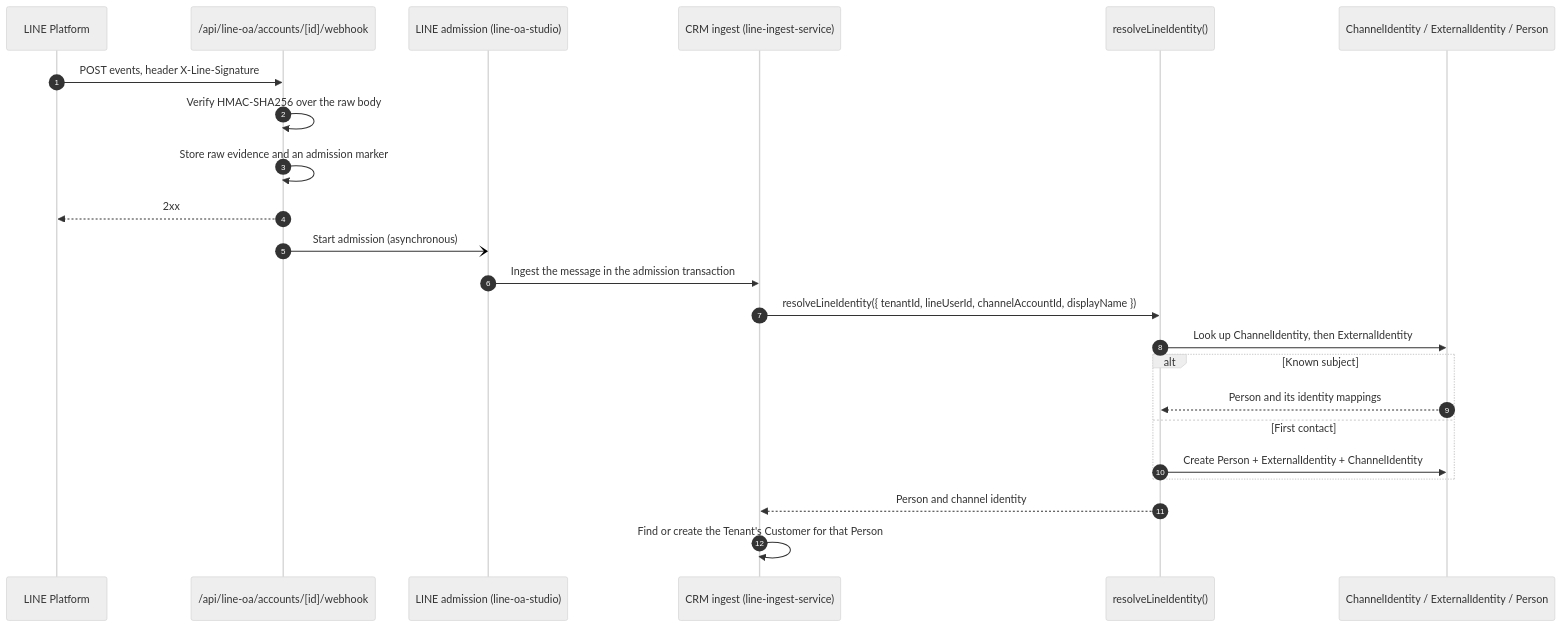
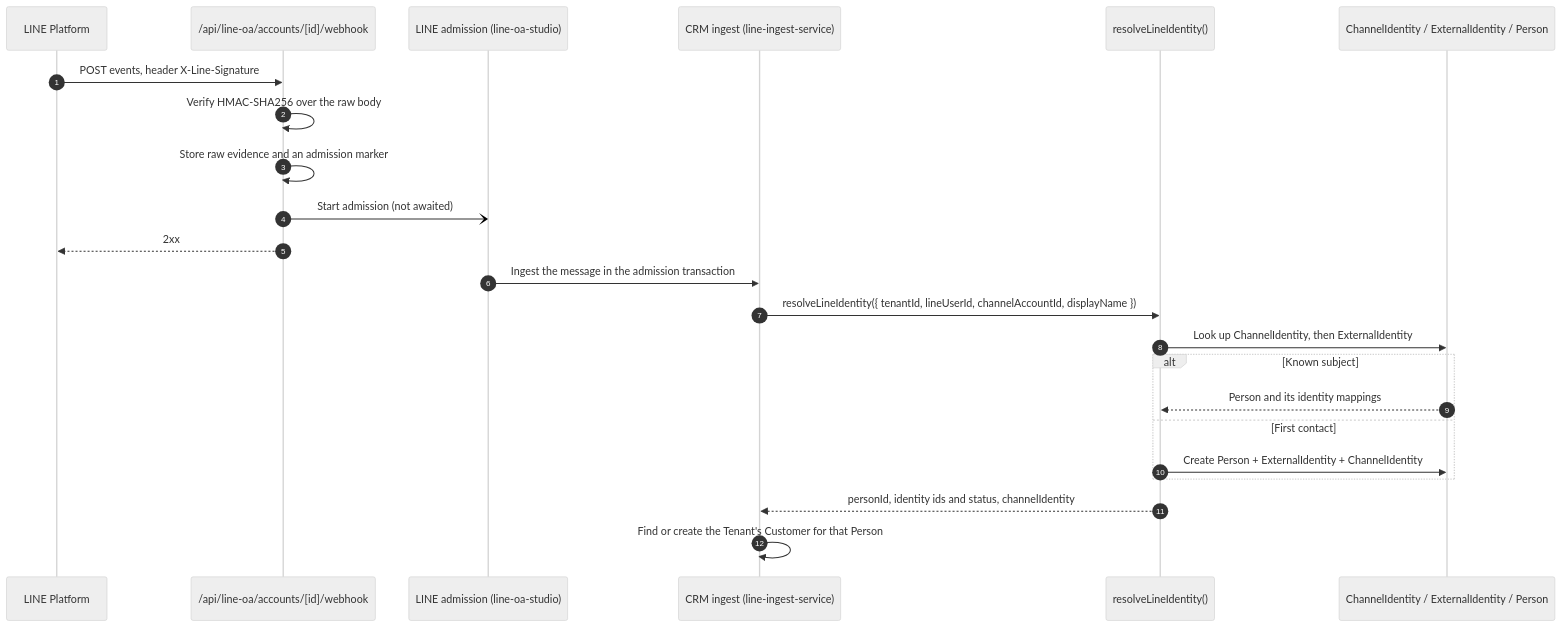
The third of 4 diagrams in docs/domains/identity/SYSTEM-DIAGRAM.md (Freshair129/zuri.ai), drawn with Mermaid (neutral theme) before and after one commit. The commit also changed other lines of this file and 2 other files, not shown here.

````diff
--- a/docs/domains/identity/SYSTEM-DIAGRAM.md
+++ b/docs/domains/identity/SYSTEM-DIAGRAM.md
@@ -189,26 +191,26 @@
 ```mermaid
 sequenceDiagram
     autonumber
     participant Line as LINE Platform
     participant Hook as /api/line-oa/accounts/[id]/webhook
     participant Admit as LINE admission (line-oa-studio)
     participant Ingest as CRM ingest (line-ingest-service)
     participant Resolver as resolveLineIdentity()
     participant DB as ChannelIdentity / ExternalIdentity / Person
 
     Line->>Hook: POST events, header X-Line-Signature
     Hook->>Hook: Verify HMAC-SHA256 over the raw body
     Hook->>Hook: Store raw evidence and an admission marker
+    Hook-)Admit: Start admission (not awaited)
     Hook-->>Line: 2xx
-    Hook-)Admit: Start admission (asynchronous)
     Admit->>Ingest: Ingest the message in the admission transaction
     Ingest->>Resolver: resolveLineIdentity({ tenantId, lineUserId, channelAccountId, displayName })
     Resolver->>DB: Look up ChannelIdentity, then ExternalIdentity
     alt Known subject
         DB-->>Resolver: Person and its identity mappings
     else First contact
         Resolver->>DB: Create Person + ExternalIdentity + ChannelIdentity
     end
-    Resolver-->>Ingest: Person and channel identity
+    Resolver-->>Ingest: personId, identity ids and status, channelIdentity
     Ingest->>Ingest: Find or create the Tenant's Customer for that Person
 ```
````
